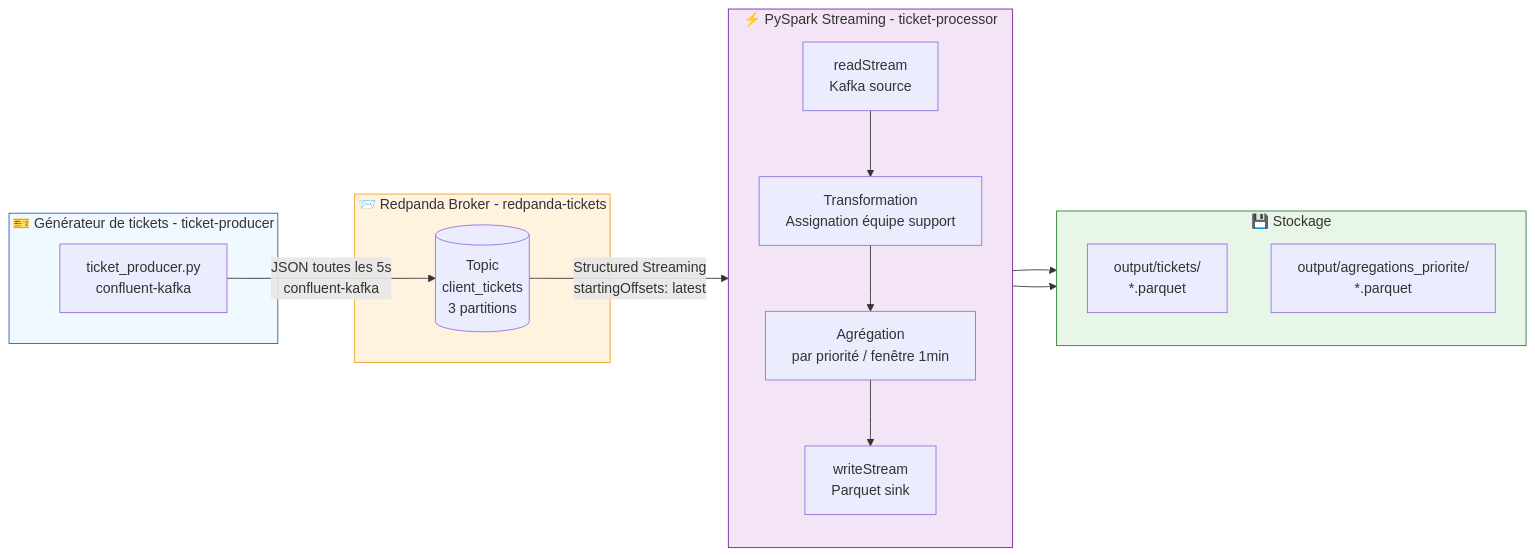
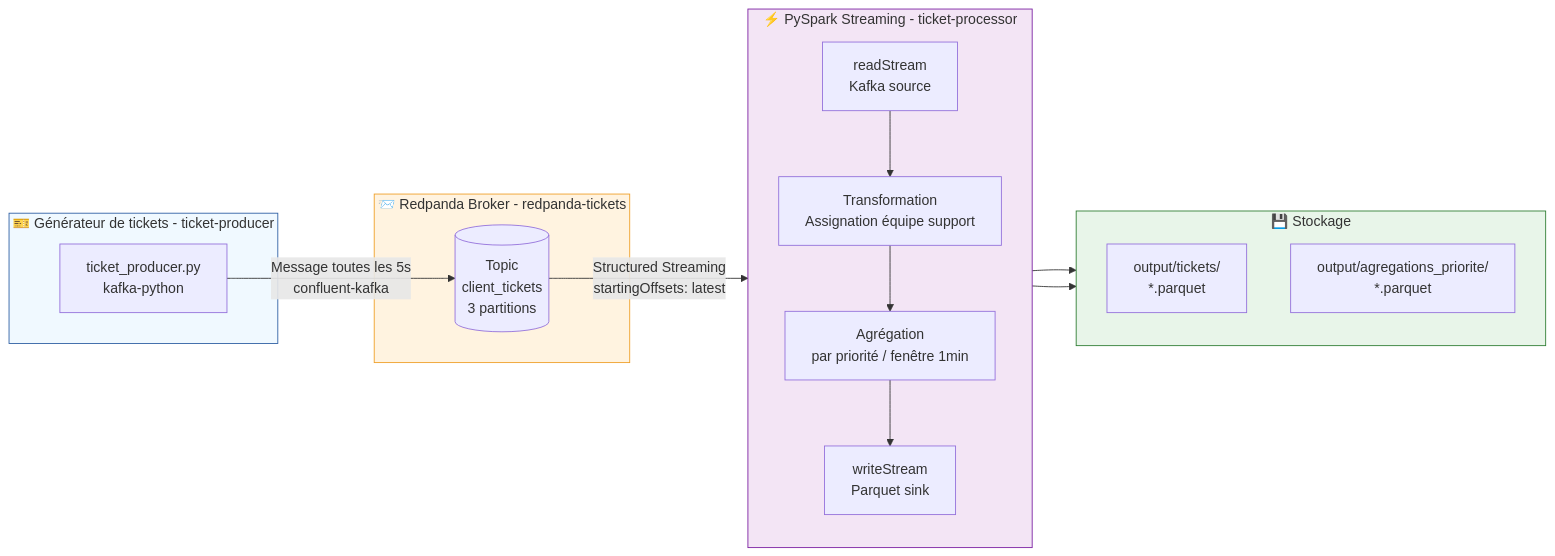
The diagram in ticket_management/README.md (AxelFB1992/projet9), drawn with Mermaid before and after one commit. The commit also changed other lines of this file, not shown here.

First line of the commit message:
MAJ Readme de ticket_management

````diff
--- a/ticket_management/README.md
+++ b/ticket_management/README.md
@@ -16,35 +16,35 @@
 ```mermaid
 flowchart LR
     subgraph Producer["🎫 Générateur de tickets - ticket-producer"]
-        P[ticket_producer.py\nconfluent-kafka]
+        P[ticket_producer.py\n kafka-python]
     end
 
     subgraph Redpanda["📨 Redpanda Broker - redpanda-tickets"]
         T[(Topic\nclient_tickets\n3 partitions)]
     end
 
     subgraph Processor["⚡ PySpark Streaming - ticket-processor"]
         direction TB
         R[readStream\nKafka source]
         T2[Transformation\nAssignation équipe support]
         A[Agrégation\npar priorité / fenêtre 1min]
         W[writeStream\nParquet sink]
         R --> T2 --> A --> W
     end
 
     subgraph Output["💾 Stockage"]
         direction TB
         F1[output/tickets/\n*.parquet]
         F2[output/agregations_priorite/\n*.parquet]
         W --> F1
         W --> F2
     end
 
-    P -- "JSON toutes les 5s\nconfluent-kafka" --> T
+    P -- "Message toutes les 5s\nconfluent-kafka" --> T
     T -- "Structured Streaming\nstartingOffsets: latest" --> R
 
     style Producer fill:#f0f9ff,stroke:#2E5FA3
     style Redpanda fill:#fff3e0,stroke:#EF9F27
     style Processor fill:#f3e5f5,stroke:#7B1FA2
     style Output fill:#e8f5e9,stroke:#2E7D32
 ```
````
